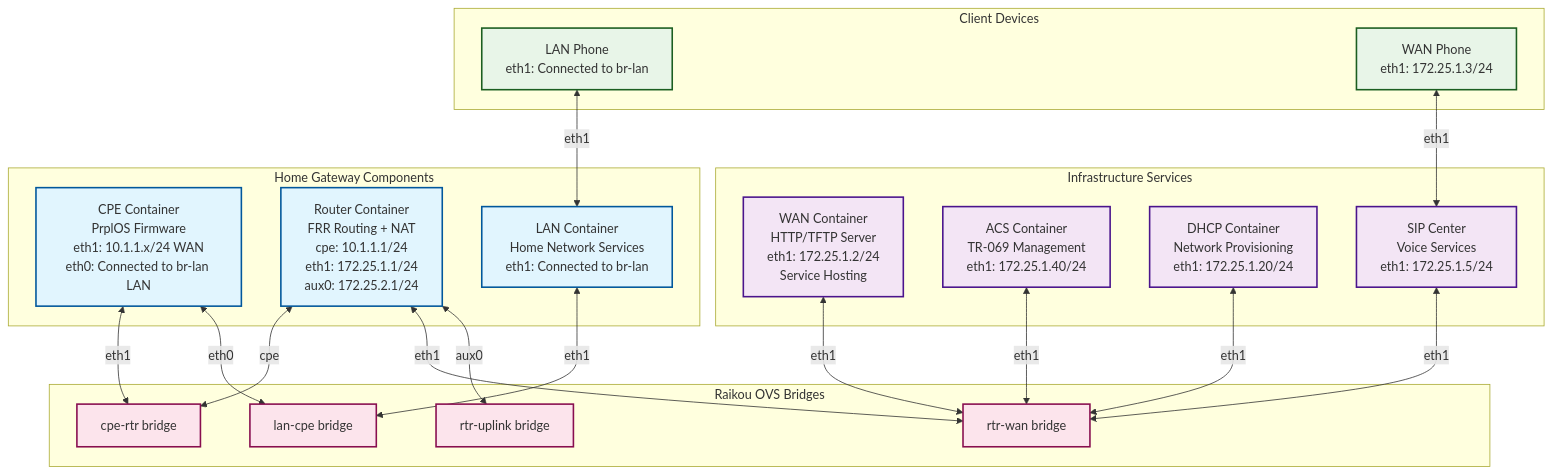
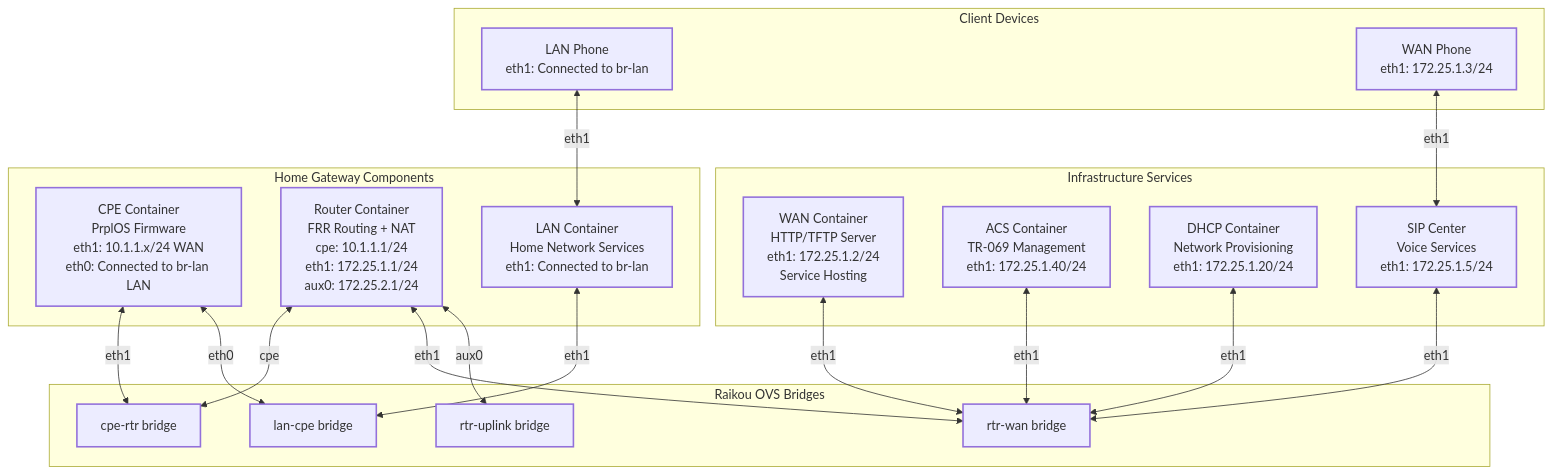
One commit to alottabits/boardfarm-bdd changed the second of 2 diagrams in docs/Testbed Network Topology.md. Above: the diagram before and after it, drawn with Mermaid. The commit also changed other lines of this file, not shown here.

Commit message:
updating rendering of graphs in Network Topology documentation

````diff
--- a/docs/Testbed Network Topology.md
+++ b/docs/Testbed Network Topology.md
@@ -89,55 +89,55 @@
 ```mermaid
 graph TB
     subgraph "Raikou OVS Bridges"
         BRIDGE_CPE_RTR[cpe-rtr bridge]
         BRIDGE_LAN_CPE[lan-cpe bridge]
         BRIDGE_RTR_WAN[rtr-wan bridge]
         BRIDGE_RTR_UPLINK[rtr-uplink bridge]
     end
     
     subgraph "Home Gateway Components"
         CPE[CPE Container<br/>PrplOS Firmware<br/>eth1: 10.1.1.x/24 WAN<br/>eth0: Connected to br-lan LAN]
         ROUTER[Router Container<br/>FRR Routing + NAT<br/>cpe: 10.1.1.1/24<br/>eth1: 172.25.1.1/24<br/>aux0: 172.25.2.1/24]
         LAN[LAN Container<br/>Home Network Services<br/>eth1: Connected to br-lan]
     end
     
     subgraph "Infrastructure Services"
         WAN[WAN Container<br/>HTTP/TFTP Server<br/>eth1: 172.25.1.2/24<br/>Service Hosting]
         ACS[ACS Container<br/>TR-069 Management<br/>eth1: 172.25.1.40/24]
         DHCP[DHCP Container<br/>Network Provisioning<br/>eth1: 172.25.1.20/24]
         SIP[SIP Center<br/>Voice Services<br/>eth1: 172.25.1.5/24]
     end
     
     subgraph "Client Devices"
         LAN_PHONE[LAN Phone<br/>eth1: Connected to br-lan]
         WAN_PHONE[WAN Phone<br/>eth1: 172.25.1.3/24]
     end
     
     %% Raikou Bridge Connections
     CPE <-->|eth1| BRIDGE_CPE_RTR
     ROUTER <-->|cpe| BRIDGE_CPE_RTR
     
     CPE <-->|eth0| BRIDGE_LAN_CPE
     LAN <-->|eth1| BRIDGE_LAN_CPE
     LAN_PHONE <-->|eth1| LAN
     
     ROUTER <-->|eth1| BRIDGE_RTR_WAN
     WAN <-->|eth1| BRIDGE_RTR_WAN
     ACS <-->|eth1| BRIDGE_RTR_WAN
     DHCP <-->|eth1| BRIDGE_RTR_WAN
     SIP <-->|eth1| BRIDGE_RTR_WAN
     WAN_PHONE <-->|eth1| SIP
     
     ROUTER <-->|aux0| BRIDGE_RTR_UPLINK
     
-    %% Styling
-    classDef gateway fill:#e1f5fe,stroke:#01579b,stroke-width:2px
-    classDef infrastructure fill:#f3e5f5,stroke:#4a148c,stroke-width:2px
-    classDef client fill:#e8f5e8,stroke:#1b5e20,stroke-width:2px
-    classDef bridge fill:#fce4ec,stroke:#880e4f,stroke-width:2px
+    %% Styling - Using default theme for automatic light/dark mode support
+    classDef gateway stroke-width:2px
+    classDef infrastructure stroke-width:2px
+    classDef client stroke-width:2px
+    classDef bridge stroke-width:2px
     
     class CPE,ROUTER,LAN gateway
     class WAN,ACS,DHCP,SIP infrastructure
     class LAN_PHONE,WAN_PHONE client
     class BRIDGE_CPE_RTR,BRIDGE_LAN_CPE,BRIDGE_RTR_WAN,BRIDGE_RTR_UPLINK bridge
 ```
````
